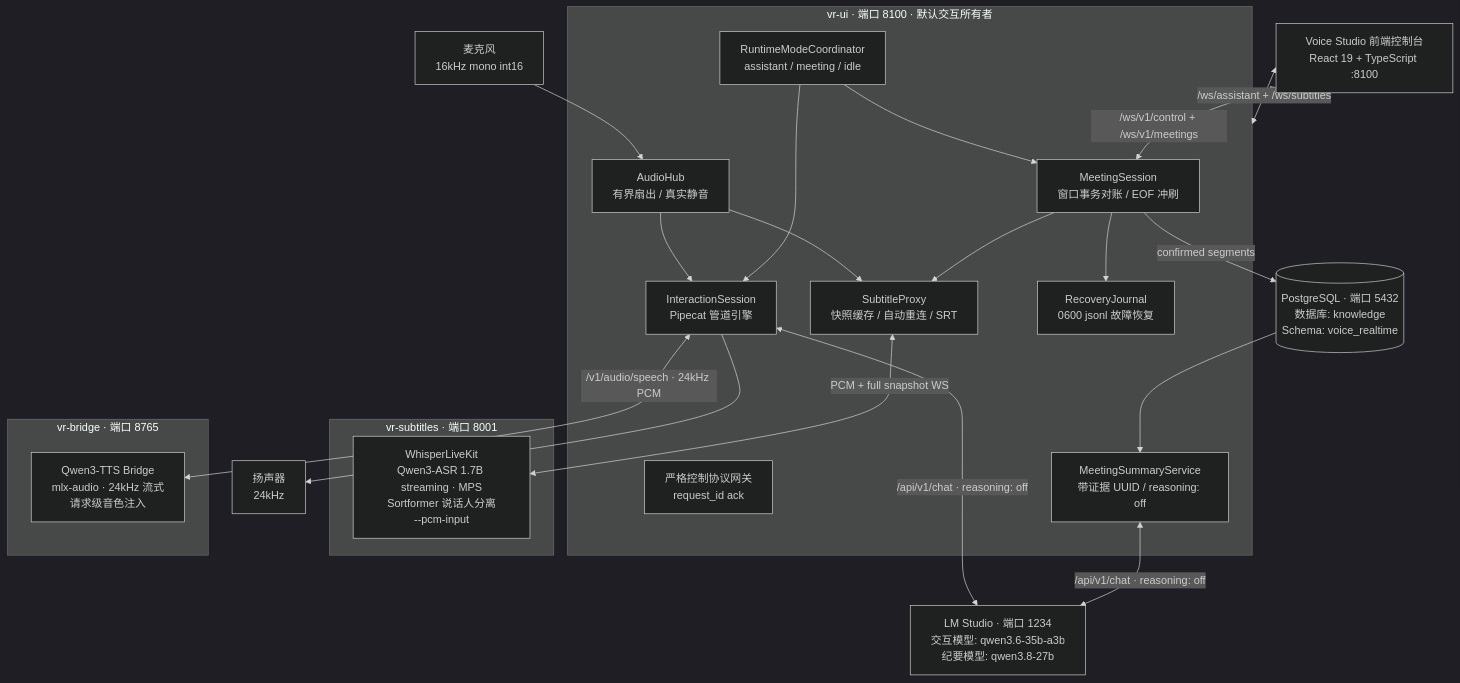
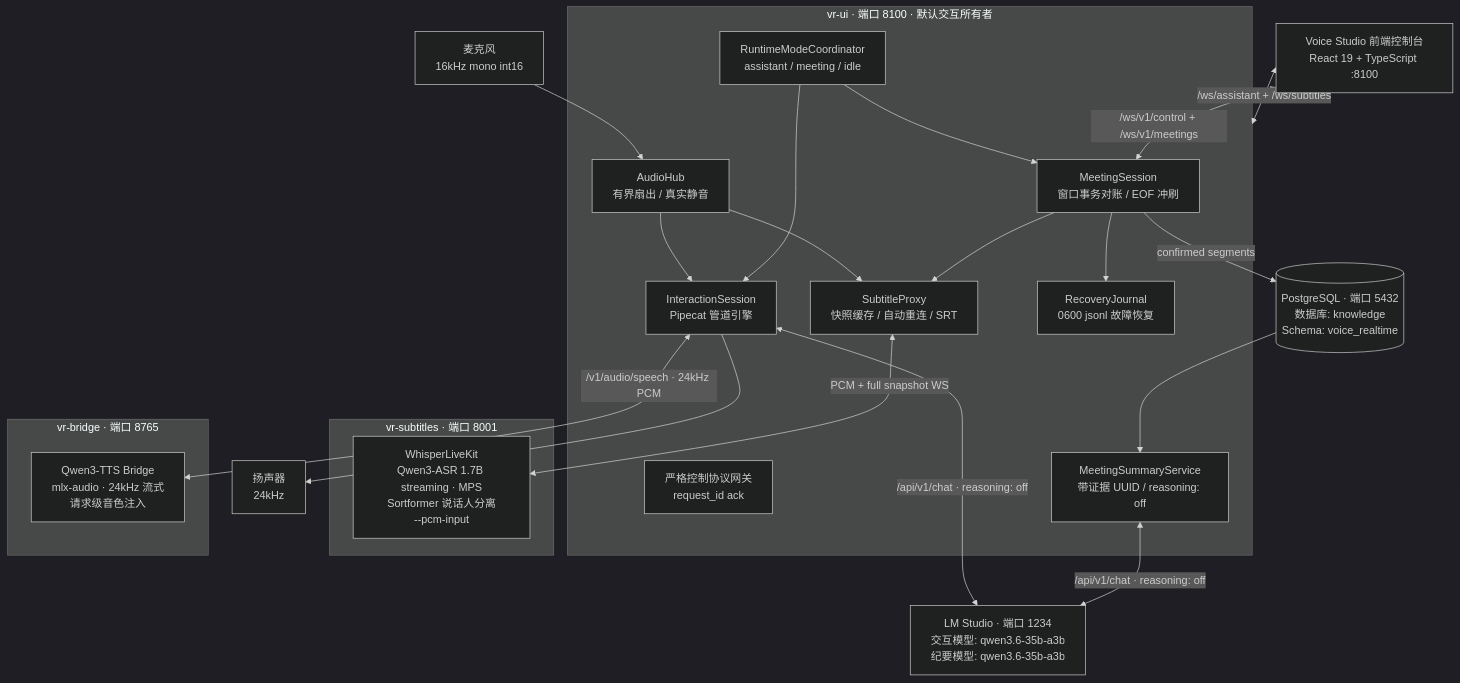
One commit to hrygo/voice-realtime changed the first of 2 diagrams in docs/architecture/全链路语音交互与会议助手-技术方案与实施方案.md. Above: the diagram before and after it, drawn with Mermaid (dark theme). The commit also changed other lines of this file and 50 other files, not shown here.

````diff
--- a/docs/architecture/全链路语音交互与会议助手-技术方案与实施方案.md
+++ b/docs/architecture/全链路语音交互与会议助手-技术方案与实施方案.md
@@ -64,46 +64,46 @@
 ```mermaid
 flowchart TB
     MIC[麦克风<br/>16kHz mono int16]
     SPEAKER[扬声器<br/>24kHz]
     BROWSER[Voice Studio 前端控制台<br/>React 19 + TypeScript :8100]
 
     subgraph UI[vr-ui · 端口 8100 · 默认交互所有者]
         HUB[AudioHub<br/>有界扇出 / 真实静音]
         SESSION[InteractionSession<br/>Pipecat 管道引擎]
         SUBPROXY[SubtitleProxy<br/>快照缓存 / 自动重连 / SRT]
         CONTROL[严格控制协议网关<br/>request_id ack]
         MODE[RuntimeModeCoordinator<br/>assistant / meeting / idle]
         MEETING[MeetingSession<br/>窗口事务对账 / EOF 冲刷]
         JOURNAL[RecoveryJournal<br/>0600 jsonl 故障恢复]
         SUMMARY[MeetingSummaryService<br/>带证据 UUID / reasoning: off]
         
         HUB --> SESSION
         HUB --> SUBPROXY
         MODE --> SESSION
         MODE --> MEETING
         MEETING --> SUBPROXY
         MEETING --> JOURNAL
     end
 
     subgraph SUB[vr-subtitles · 端口 8001]
         WLK[WhisperLiveKit<br/>Qwen3-ASR 1.7B streaming · MPS<br/>Sortformer 说话人分离<br/>--pcm-input]
     end
 
     subgraph BRIDGE[vr-bridge · 端口 8765]
         TTS[Qwen3-TTS Bridge<br/>mlx-audio · 24kHz 流式<br/>请求级音色注入]
     end
 
-    LM[LM Studio · 端口 1234<br/>交互模型: qwen3.6-35b-a3b<br/>纪要模型: qwen3.8-27b]
+    LM[LM Studio · 端口 1234<br/>交互模型: qwen3.6-35b-a3b<br/>纪要模型: qwen3.6-35b-a3b]
     PG[(PostgreSQL · 端口 5432<br/>数据库: knowledge<br/>Schema: voice_realtime)]
 
     MIC --> HUB
     SUBPROXY <-->|PCM + full snapshot WS| WLK
     SESSION <-->|/api/v1/chat · reasoning: off| LM
     SESSION <-->|/v1/audio/speech · 24kHz PCM| TTS
     SESSION --> SPEAKER
     MEETING -->|confirmed segments| PG
     PG --> SUMMARY
     SUMMARY <-->|/api/v1/chat · reasoning: off| LM
     BROWSER <-->|/ws/assistant + /ws/subtitles| UI
     BROWSER <-->|/ws/v1/control + /ws/v1/meetings| MEETING
 ```
````
